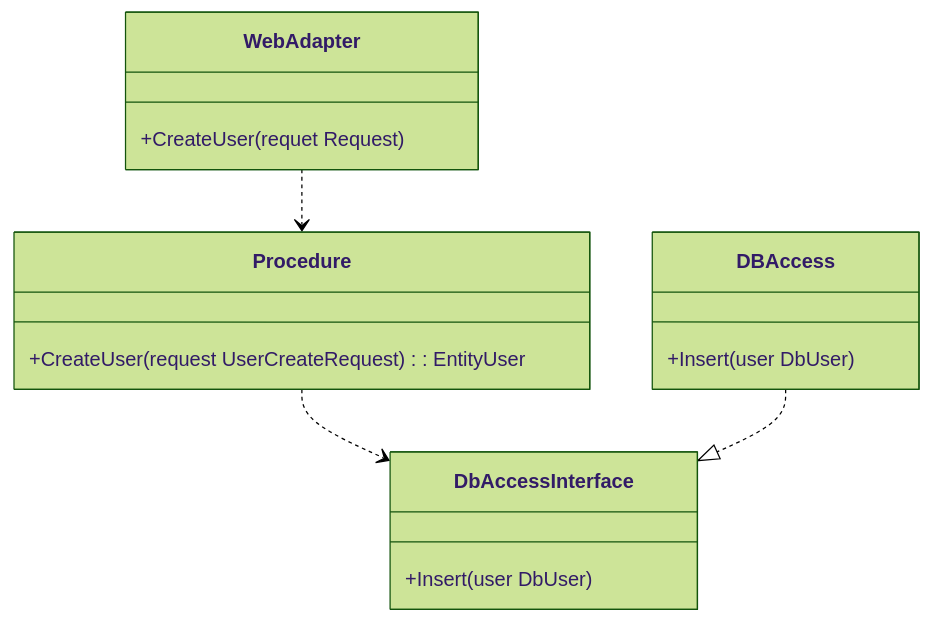
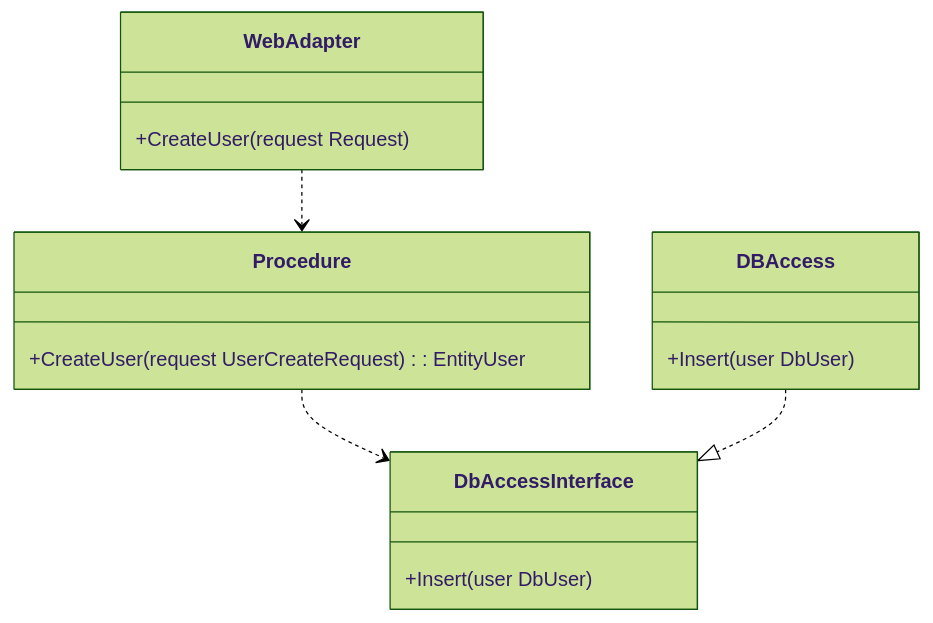
The first of 3 diagrams in articles/extend_data_transfer_object.md (motojouya/zenn), drawn with Mermaid (forest theme) before and after one commit. The commit also changed other lines of this file, not shown here.

Commit message:
class diagram and images

````diff
--- a/articles/extend_data_transfer_object.md
+++ b/articles/extend_data_transfer_object.md
@@ -463,18 +463,18 @@
 ```mermaid
 classDiagram
     class Procedure{
         +CreateUser(request UserCreateRequest): EntityUser
     }
     class DbAccessInterface{
         +Insert(user DbUser)
     }
     class DBAccess{
         +Insert(user DbUser)
     }
     class WebAdapter{
-        +CreateUser(requet Request)
+        +CreateUser(request Request)
     }
     WebAdapter ..> Procedure
     Procedure ..> DbAccessInterface
     DBAccess ..|> DbAccessInterface
 ```
````
